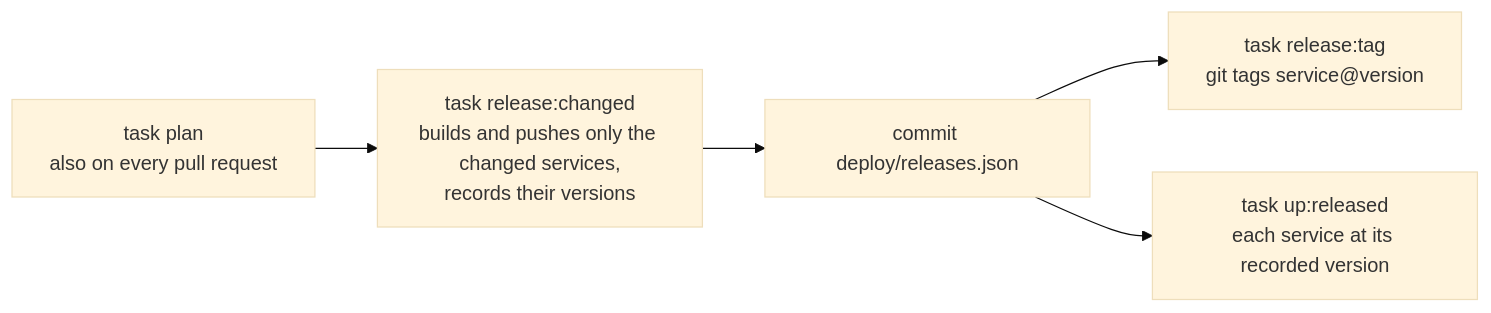
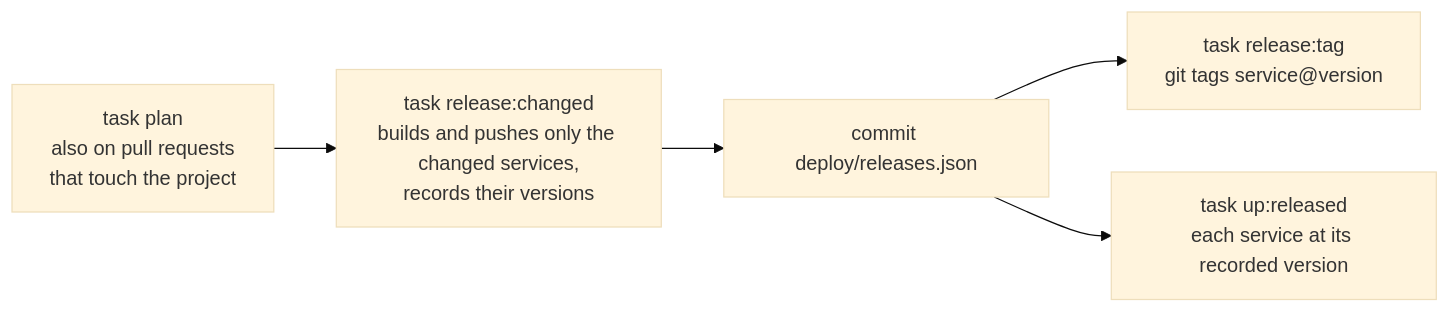
Diagram 16 of 16 in backstage-split-backends/docs/GUIDE.md (rgardam/rgardam), drawn with Mermaid (base theme) before and after one commit. The commit also changed other lines of this file and 2 other files, not shown here.

````diff
--- a/backstage-split-backends/docs/GUIDE.md
+++ b/backstage-split-backends/docs/GUIDE.md
@@ -524,7 +539,7 @@
 ```mermaid
 flowchart LR
-  plan["task plan<br/>also on every pull request"] --> release["task release:changed<br/>builds and pushes only the changed services,<br/>records their versions"]
+  plan["task plan<br/>also on pull requests<br/>that touch the project"] --> release["task release:changed<br/>builds and pushes only the changed services,<br/>records their versions"]
   release --> commit["commit deploy/releases.json"]
   commit --> tag["task release:tag<br/>git tags service@version"]
   commit --> up["task up:released<br/>each service at its recorded version"]
 ```
````
